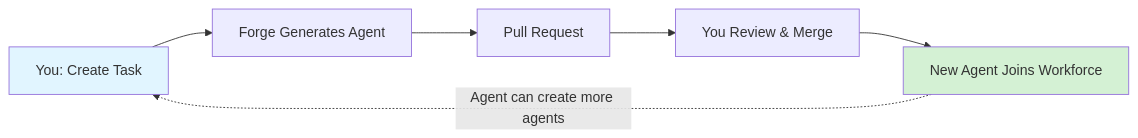
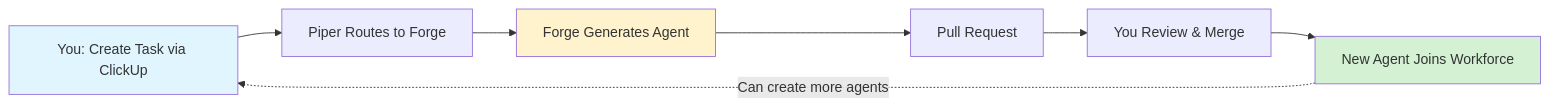
The third of 4 diagrams in README.md (TechNickAI/100x), drawn with Mermaid before and after one commit. The commit also changed other lines of this file and 1 other file, not shown here.

````diff
--- a/README.md
+++ b/README.md
@@ -80,10 +90,12 @@
 ```mermaid
 graph LR
-    A[You: Create Task] --> B[Forge Generates Agent]
-    B --> C[Pull Request]
-    C --> D[You Review & Merge]
-    D --> E[New Agent Joins Workforce]
-    E -.Agent can create more agents.-> A
+    A[You: Create Task via ClickUp] --> B[Piper Routes to Forge]
+    B --> C[Forge Generates Agent]
+    C --> D[Pull Request]
+    D --> E[You Review & Merge]
+    E --> F[New Agent Joins Workforce]
+    F -.Can create more agents.-> A
     style A fill:#e1f5ff
-    style E fill:#d4f1d4
+    style C fill:#fff3cd
+    style F fill:#d4f1d4
 ```
````
